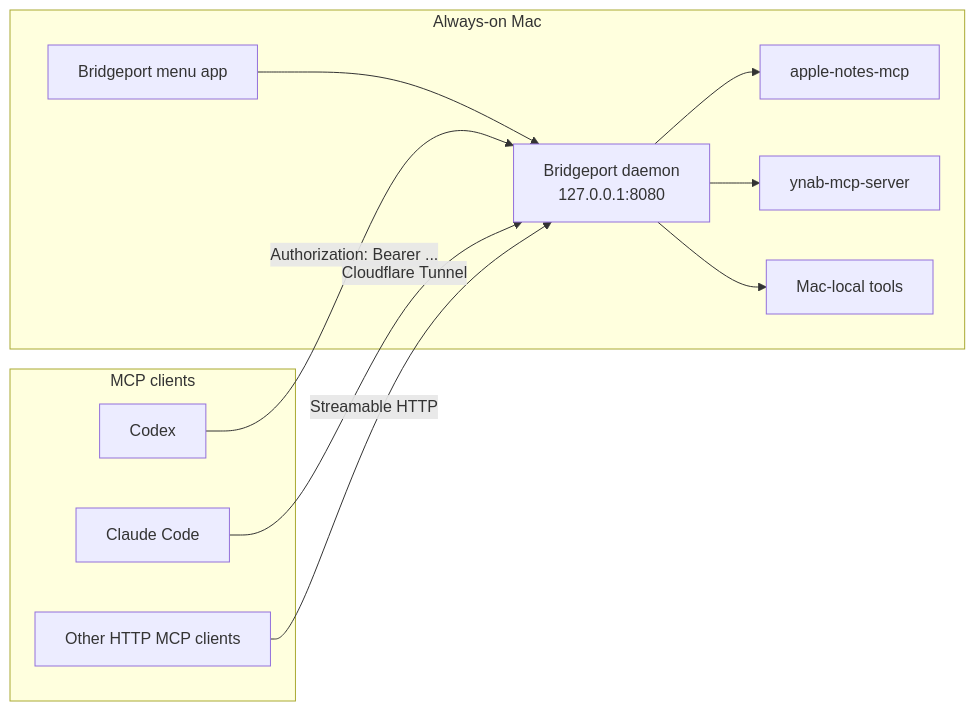
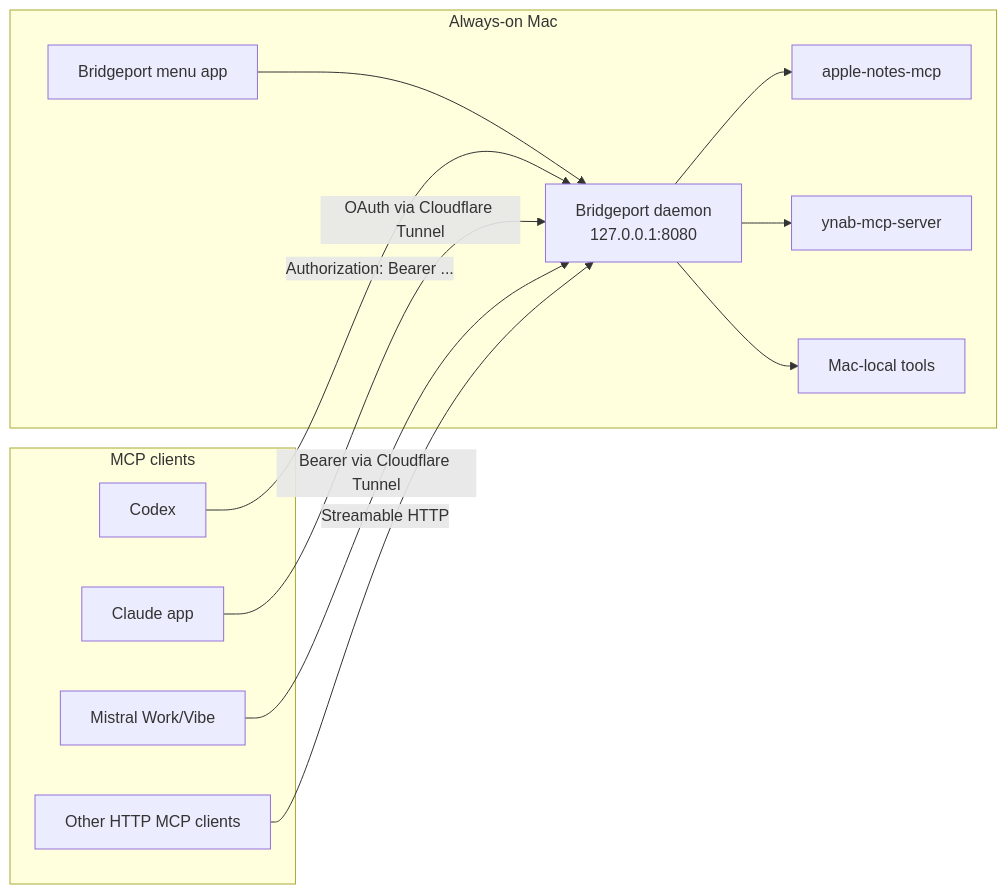
Before and after one commit to oliverames/bridgeport: the diagram in README.md, drawn with Mermaid. The commit also changed other lines of this file and 14 other files, not shown here.

````diff
--- a/README.md
+++ b/README.md
@@ -17,24 +17,26 @@
 ```mermaid
 graph LR
     subgraph Mac["Always-on Mac"]
         App["Bridgeport menu app"]
         Daemon["Bridgeport daemon<br/>127.0.0.1:8080"]
         Notes["apple-notes-mcp"]
         YNAB["ynab-mcp-server"]
         Local["Mac-local tools"]
         App --> Daemon
         Daemon --> Notes
         Daemon --> YNAB
         Daemon --> Local
     end
 
     subgraph Clients["MCP clients"]
         Codex["Codex"]
-        Claude["Claude Code"]
+        Claude["Claude app"]
+        Mistral["Mistral Work/Vibe"]
         Other["Other HTTP MCP clients"]
     end
 
     Codex -->|"Authorization: Bearer ..."| Daemon
-    Claude -->|"Cloudflare Tunnel"| Daemon
+    Claude -->|"OAuth via Cloudflare Tunnel"| Daemon
+    Mistral -->|"Bearer via Cloudflare Tunnel"| Daemon
     Other -->|"Streamable HTTP"| Daemon
 ```
````
